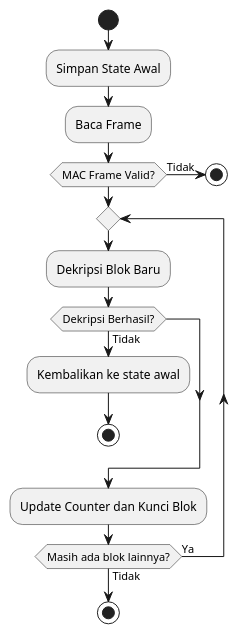
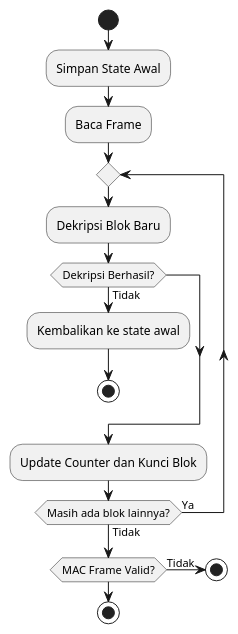
Before and after one commit to bayusamudra5502/ta-kriptografi: the diagram in resources/ch-3/dec.plantuml, drawn with PlantUML. The commit also changed 16 other files, not shown here.

```diff
--- a/resources/ch-3/dec.plantuml
+++ b/resources/ch-3/dec.plantuml
@@ -1,25 +1,26 @@
 @startuml ""
 
 start
 
 :Simpan State Awal;
 :Baca Frame;
 
-if (MAC Frame Valid?) then (Tidak)
-  stop;
-endif
 
 repeat
   :Dekripsi Blok Baru;
 
   if (Dekripsi Berhasil?) then (Tidak)
     :Kembalikan ke state awal;
     stop;
   endif
 
   :Update Counter dan Kunci Blok;
 repeat while (Masih ada blok lainnya?) is (Ya) not (Tidak)
 
+if (MAC Frame Valid?) then (Tidak)
+  stop;
+endif
+
 stop
 
 @enduml
```
